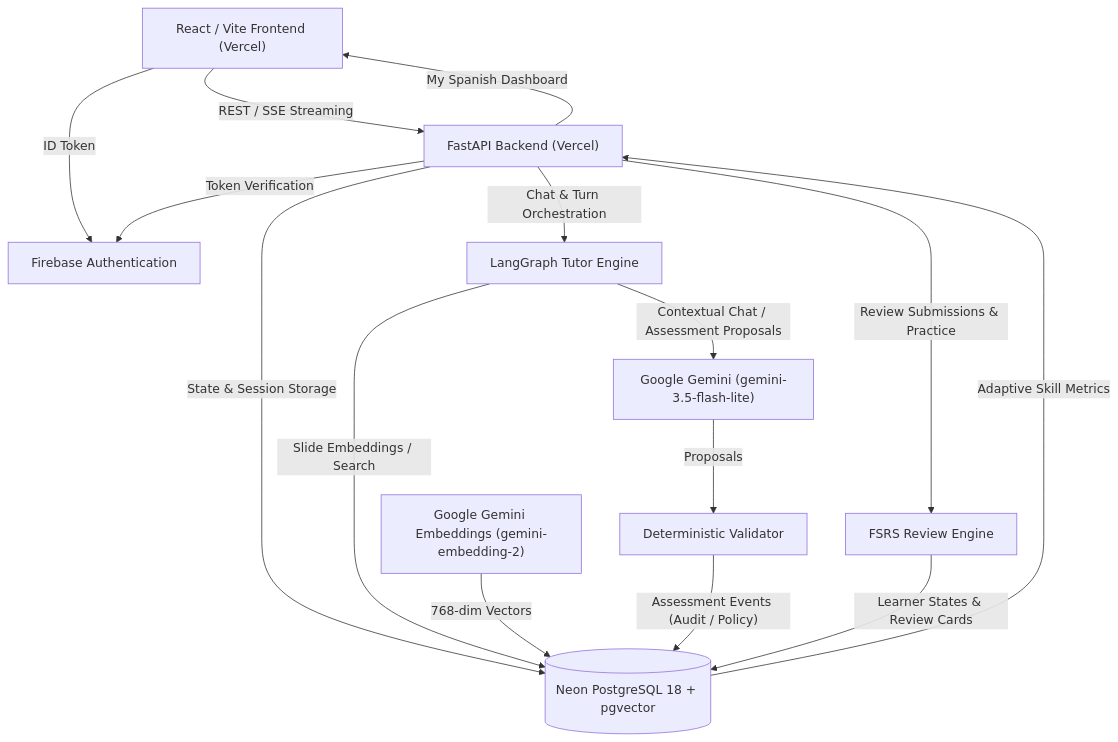
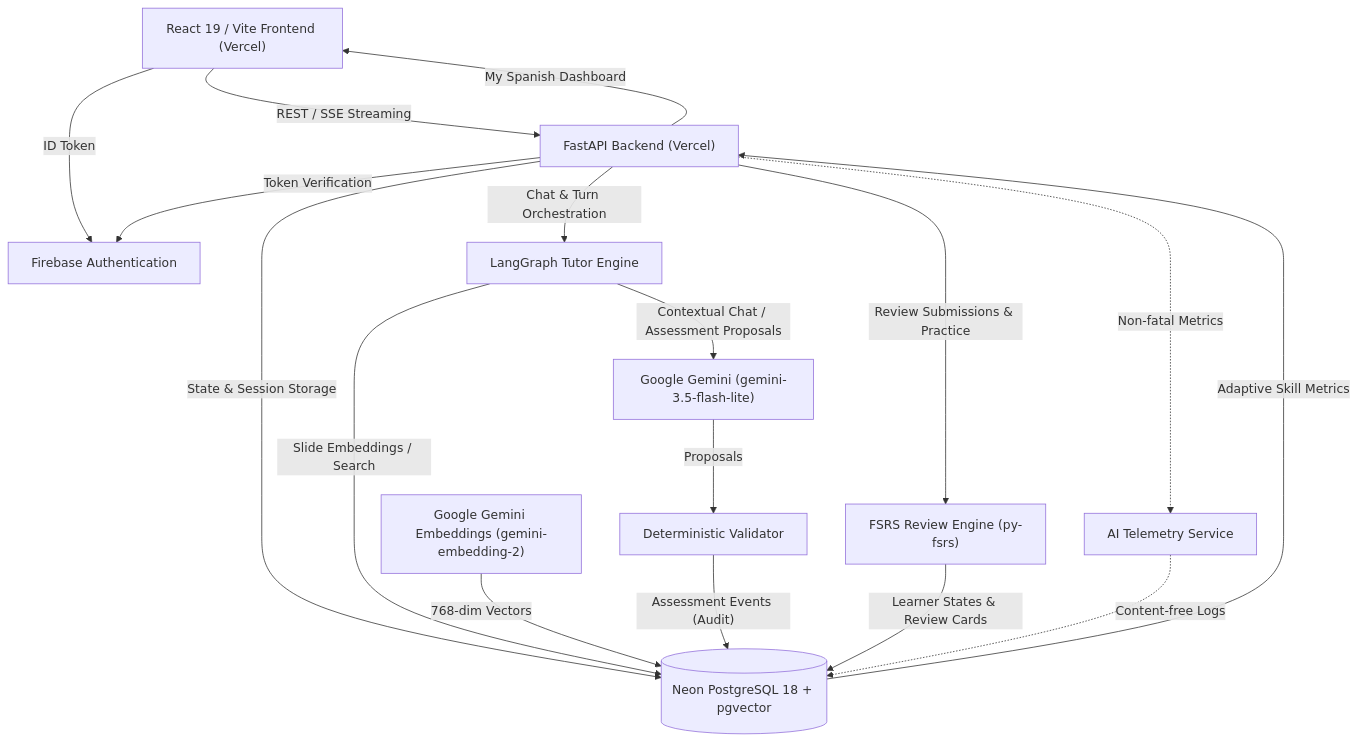
The diagram in README.md (farazkhan-05/SpanishAmigo-Adaptive-AI-Spanish-Tutor), drawn with Mermaid before and after one commit. The commit also changed other lines of this file and 5 other files, not shown here.

````diff
--- a/README.md
+++ b/README.md
@@ -16,27 +18,30 @@
 ```mermaid
 flowchart TD
-    Client["React / Vite Frontend (Vercel)"]
+    Client["React 19 / Vite Frontend (Vercel)"]
     Auth["Firebase Authentication"]
     API["FastAPI Backend (Vercel)"]
     DB[("Neon PostgreSQL 18 + pgvector")]
     Orch["LangGraph Tutor Engine"]
     LLM["Google Gemini (gemini-3.5-flash-lite)"]
     Embed["Google Gemini Embeddings (gemini-embedding-2)"]
     Validator["Deterministic Validator"]
-    FSRS["FSRS Review Engine"]
+    FSRS["FSRS Review Engine (py-fsrs)"]
+    Telem["AI Telemetry Service"]
 
     Client -->|"ID Token"| Auth
     Client -->|"REST / SSE Streaming"| API
     API -->|"Token Verification"| Auth
     API -->|"State & Session Storage"| DB
     API -->|"Chat & Turn Orchestration"| Orch
     Orch -->|"Slide Embeddings / Search"| DB
     Orch -->|"Contextual Chat / Assessment Proposals"| LLM
     Embed -->|"768-dim Vectors"| DB
     LLM -->|"Proposals"| Validator
-    Validator -->|"Assessment Events (Audit / Policy)"| DB
+    Validator -->|"Assessment Events (Audit)"| DB
     API -->|"Review Submissions & Practice"| FSRS
     FSRS -->|"Learner States & Review Cards"| DB
     DB -->|"Adaptive Skill Metrics"| API
     API -->|"My Spanish Dashboard"| Client
+    API -.->|"Non-fatal Metrics"| Telem
+    Telem -.->|"Content-free Logs"| DB
 ```
````
